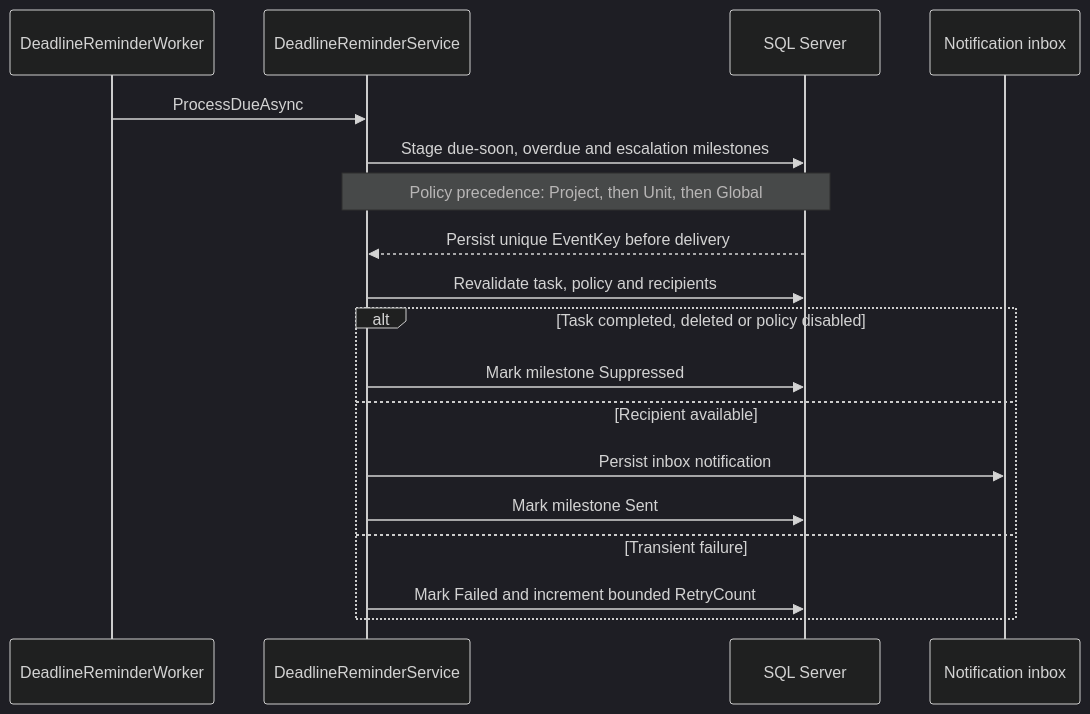
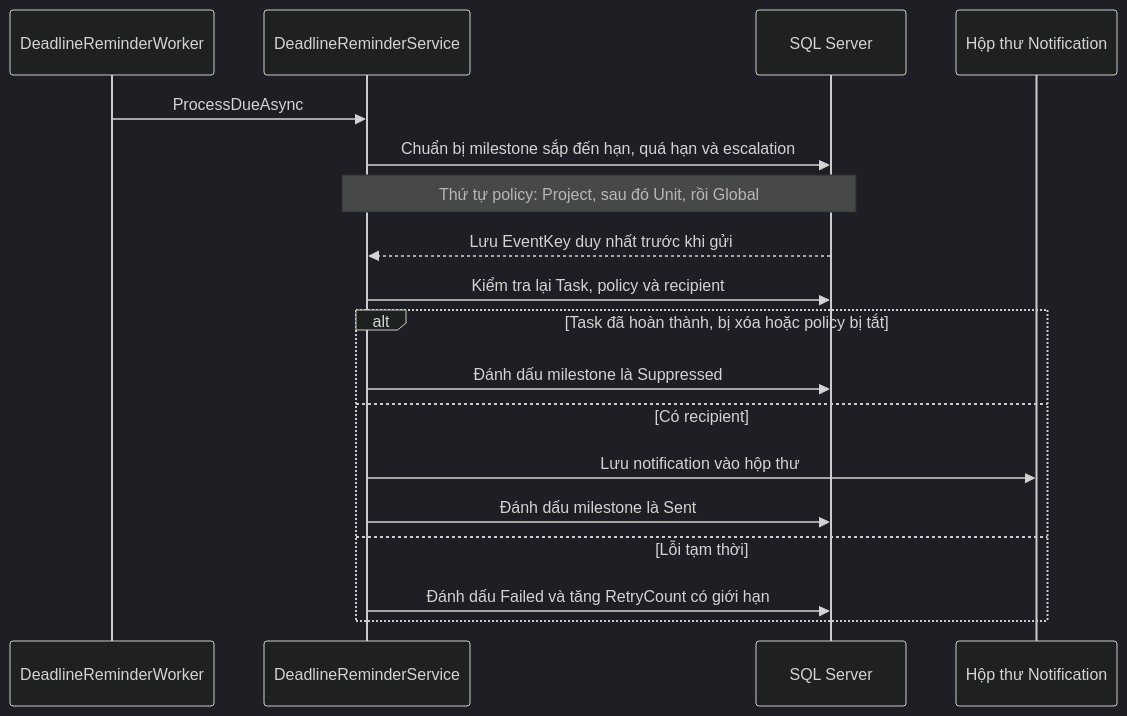
The fifth of 6 diagrams in docs/domain-workflows.md (Giapnocap/work-management-system-backend), drawn with Mermaid (dark theme) before and after one commit. The commit also changed other lines of this file and 7 other files, not shown here.

````diff
--- a/docs/domain-workflows.md
+++ b/docs/domain-workflows.md
@@ -85,21 +85,21 @@
 ```mermaid
 sequenceDiagram
     participant Worker as DeadlineReminderWorker
     participant Service as DeadlineReminderService
     participant DB as SQL Server
-    participant Inbox as Notification inbox
+    participant Inbox as Hộp thư Notification
 
     Worker->>Service: ProcessDueAsync
-    Service->>DB: Stage due-soon, overdue and escalation milestones
-    Note over Service,DB: Policy precedence: Project, then Unit, then Global
-    DB-->>Service: Persist unique EventKey before delivery
-    Service->>DB: Revalidate task, policy and recipients
-    alt Task completed, deleted or policy disabled
-        Service->>DB: Mark milestone Suppressed
-    else Recipient available
-        Service->>Inbox: Persist inbox notification
-        Service->>DB: Mark milestone Sent
-    else Transient failure
-        Service->>DB: Mark Failed and increment bounded RetryCount
+    Service->>DB: Chuẩn bị milestone sắp đến hạn, quá hạn và escalation
+    Note over Service,DB: Thứ tự policy: Project, sau đó Unit, rồi Global
+    DB-->>Service: Lưu EventKey duy nhất trước khi gửi
+    Service->>DB: Kiểm tra lại Task, policy và recipient
+    alt Task đã hoàn thành, bị xóa hoặc policy bị tắt
+        Service->>DB: Đánh dấu milestone là Suppressed
+    else Có recipient
+        Service->>Inbox: Lưu notification vào hộp thư
+        Service->>DB: Đánh dấu milestone là Sent
+    else Lỗi tạm thời
+        Service->>DB: Đánh dấu Failed và tăng RetryCount có giới hạn
     end
 ```
````
